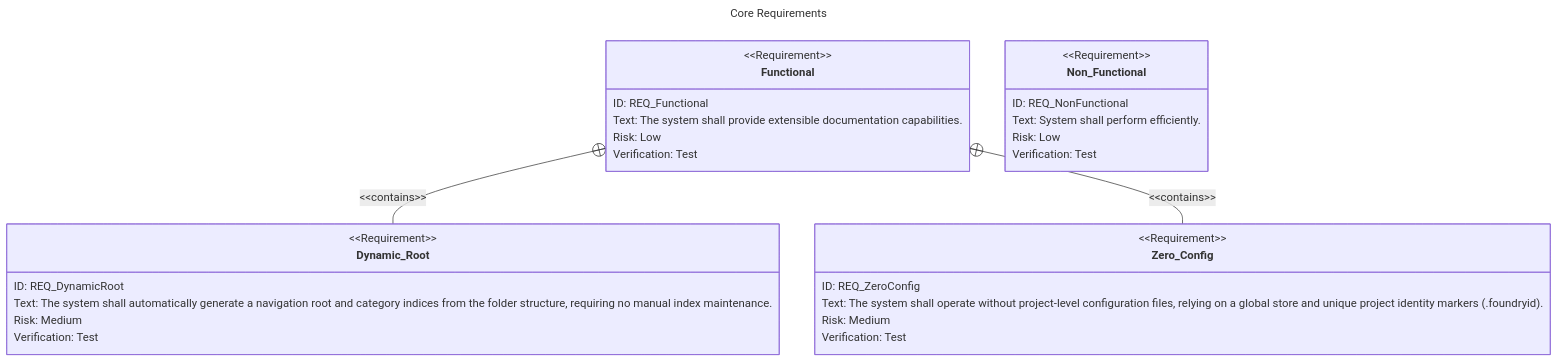
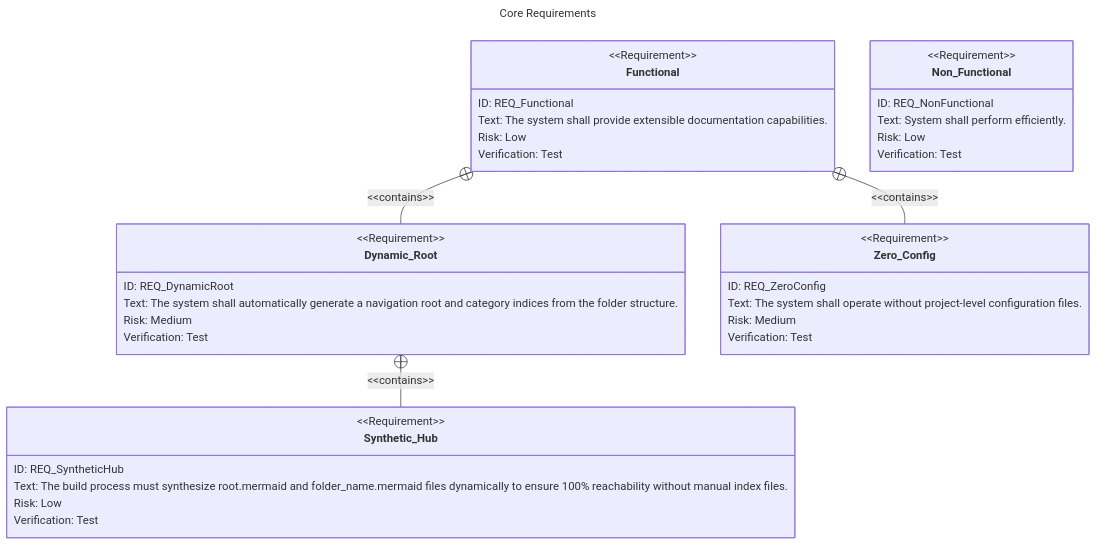
The diagram in docs/requirements/core.mermaid (futurefoundai/foundryspec), drawn with Mermaid before and after one commit. The commit also changed 20 other files, not shown here.

Commit message:
Standardize Rule Engine: Node-centric traceability, rule levels, and synthetic hub formalization

```diff
--- a/docs/requirements/core.mermaid
+++ b/docs/requirements/core.mermaid
@@ -1,59 +1,86 @@
 ---
 id: "GRP_Core"
 title: Core Requirements
 description: General functional and non-functional requirements.
 classification: Functional
-uplink: "GRP_Requirements"
-downlinks:
-  - "REQ_Functional"
-  - "REQ_NonFunctional"
 entities:
+  - id: "GRP_Core"
+    uplink: "GRP_Requirements"
+    downlinks:
+      - "REQ_Functional"
+      - "REQ_NonFunctional"
   - id: "REQ_Functional"
     classification: Functional
     uplink: 
       - "GRP_Core"
       - "PER_SystemAnalyst"
+    downlinks:
+      - "COMP_CLI"
+      - "COMP_GitManager"
+      - "COMP_ClickInterceptor"
+      - "CTX_System"
   - id: "REQ_NonFunctional"
     classification: Non-Functional
     uplink: 
       - "GRP_Core"
       - "PER_CodingAgent"
+    downlinks:
+      - "COMP_Group"
   - id: "REQ_DynamicRoot"
     classification: Functional
     uplink: "REQ_Functional"
+    downlinks:
+      - "REQ_SyntheticHub"
+  - id: "REQ_SyntheticHub"
+    classification: Functional
+    title: Synthetic Navigation Hub
+    description: The system must automatically generate root and category indices to eliminate manual maintenance.
+    uplink: "REQ_DynamicRoot"
+    downlinks:
+      - "COMP_BuildManager"
   - id: "REQ_ZeroConfig"
     classification: Functional
     uplink: "REQ_Functional"
+    downlinks:
+      - "COMP_ConfigStore"
 ---
 
 requirementDiagram
     requirement Functional {
         id: "REQ_Functional"
         text: "The system shall provide extensible documentation capabilities."
         risk: Low
         verifymethod: Test
     }
 
     requirement Dynamic_Root {
         id: "REQ_DynamicRoot"
-        text: "The system shall automatically generate a navigation root and category indices from the folder structure, requiring no manual index maintenance."
+        text: "The system shall automatically generate a navigation root and category indices from the folder structure."
         risk: Medium
+        verifymethod: Test
+    }
+
+    requirement Synthetic_Hub {
+        id: "REQ_SyntheticHub"
+        text: "The build process must synthesize root.mermaid and folder_name.mermaid files dynamically to ensure 100% reachability without manual index files."
+        risk: Low
         verifymethod: Test
     }
 
     requirement Zero_Config {
         id: "REQ_ZeroConfig"
-        text: "The system shall operate without project-level configuration files, relying on a global store and unique project identity markers (.foundryid)."
+        text: "The system shall operate without project-level configuration files."
         risk: Medium
         verifymethod: Test
     }
 
     requirement Non_Functional {
         id: "REQ_NonFunctional"
         text: "System shall perform efficiently."
         risk: Low
         verifymethod: Test
     }
 
     Functional -contains-> Dynamic_Root
     Functional -contains-> Zero_Config
+    Dynamic_Root -contains-> Synthetic_Hub
```
